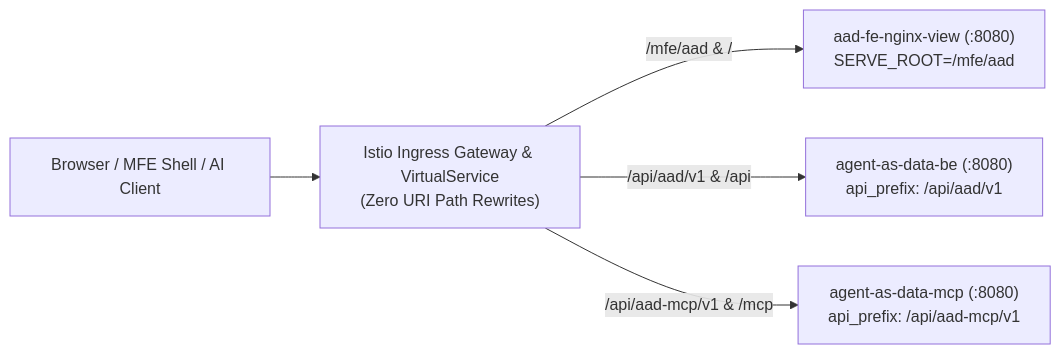
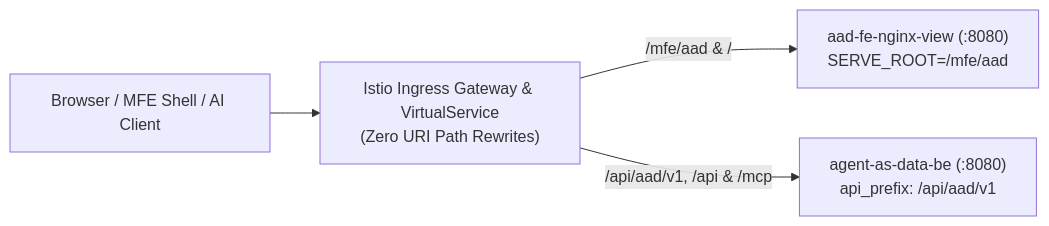
One commit to PolecatWorks/agent-as-data changed the fifth of 5 diagrams in spec/prds/agent-as-data-prd.md. Above: the diagram before and after it, drawn with Mermaid. The commit also changed other lines of this file and 62 other files, not shown here.

Commit message:
feat(mcp): remove aad-mcp-container and expose unified in-process AAD MCP server & rig tools (Spec 45)

````diff
--- a/spec/prds/agent-as-data-prd.md
+++ b/spec/prds/agent-as-data-prd.md
@@ -479,7 +477,6 @@
 ```mermaid
 flowchart LR
     Client["Browser / MFE Shell / AI Client"] --> Gateway["Istio Ingress Gateway & VirtualService<br/>(Zero URI Path Rewrites)"]
     Gateway -->|"/mfe/aad & /"| FE["aad-fe-nginx-view (:8080)<br/>SERVE_ROOT=/mfe/aad"]
-    Gateway -->|"/api/aad/v1 & /api"| BE["agent-as-data-be (:8080)<br/>api_prefix: /api/aad/v1"]
-    Gateway -->|"/api/aad-mcp/v1 & /mcp"| MCP["agent-as-data-mcp (:8080)<br/>api_prefix: /api/aad-mcp/v1"]
+    Gateway -->|"/api/aad/v1, /api & /mcp"| BE["agent-as-data-be (:8080)<br/>api_prefix: /api/aad/v1"]
 ```
````
